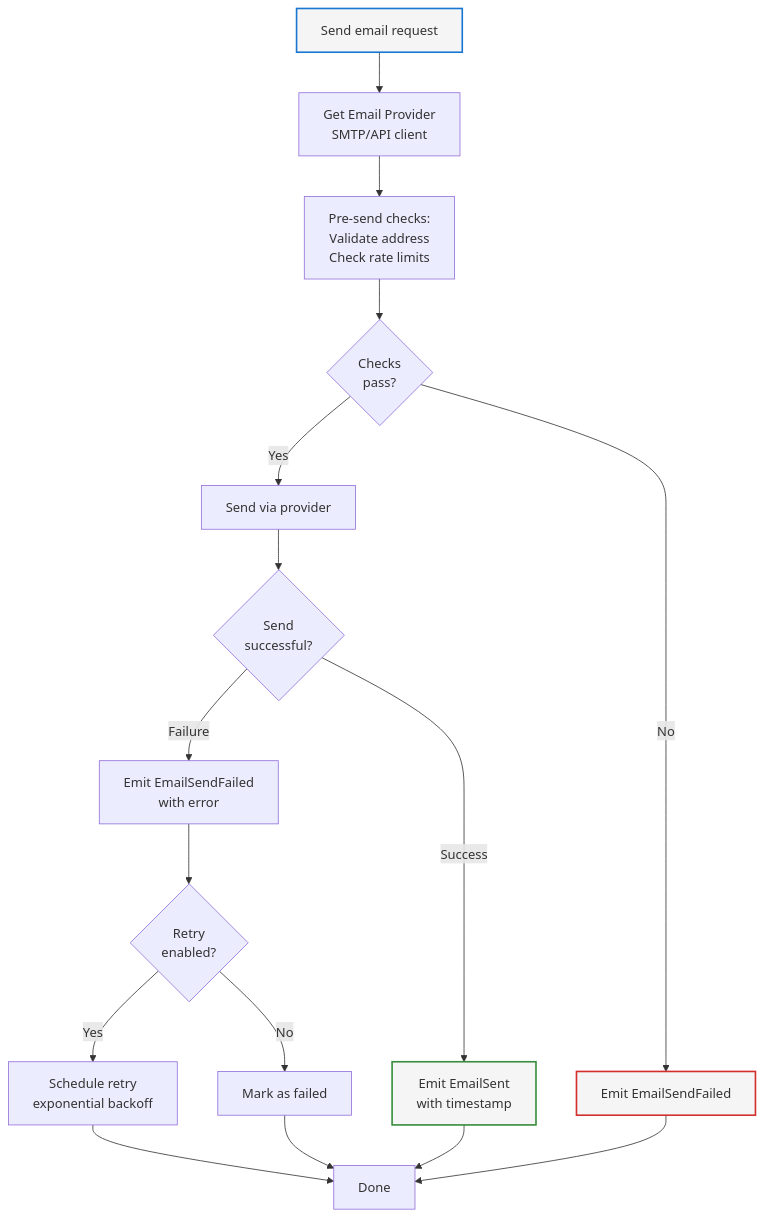
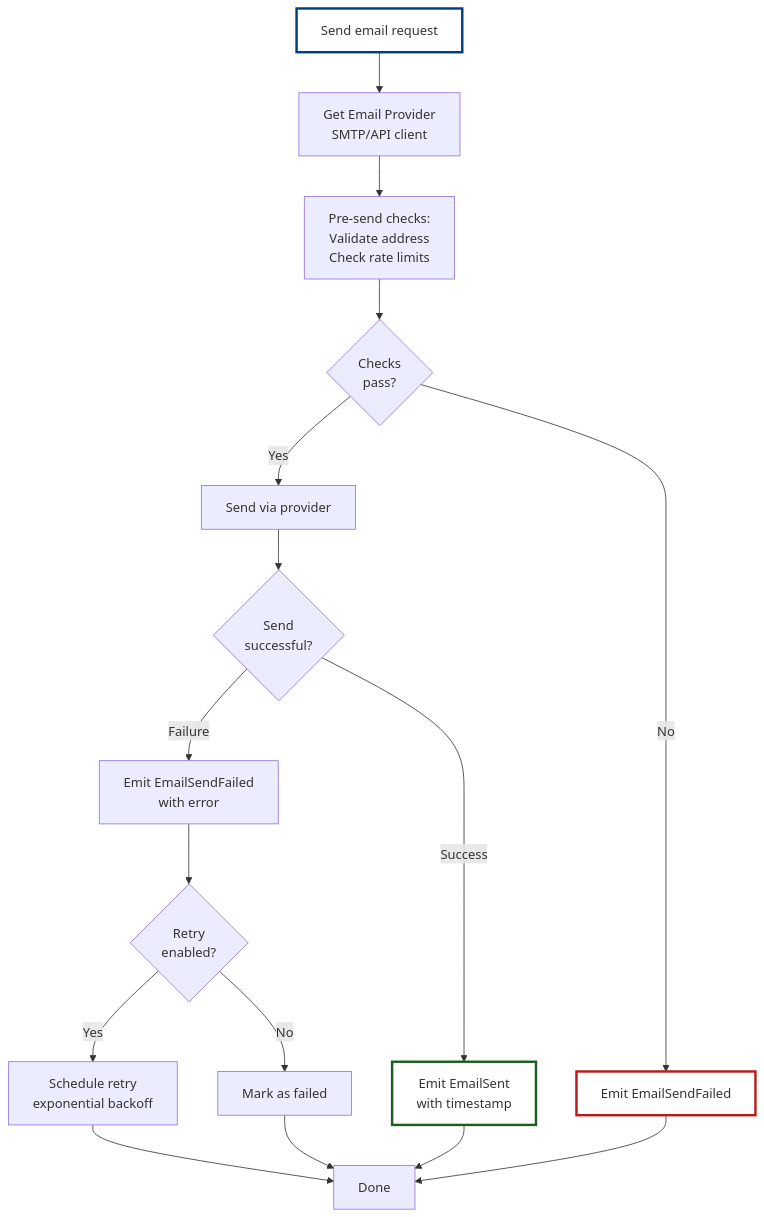
Before and after one commit to Org-for-Folio-AI/FolioAISpecs: the second of 2 diagrams in design/components/06-Email-Composer.md, drawn with Mermaid. The commit also changed other lines of this file and 11 other files, not shown here.

First line of the commit message:
Improve mermaid diagrams: increase font size, darker colors, thicker strokes

````diff
--- a/design/components/06-Email-Composer.md
+++ b/design/components/06-Email-Composer.md
@@ -170,28 +171,29 @@
 ```mermaid
+%%{init: {'fontSize': 18, 'fontFamily': 'arial'}}%%
 flowchart TD
     Start["Send email request"] --> GetProvider["Get Email Provider<br/>SMTP/API client"]
 
     GetProvider --> PreSend["Pre-send checks:<br/>Validate address<br/>Check rate limits"]
     PreSend --> CheckOK{Checks<br/>pass?}
 
     CheckOK -->|No| Error["Emit EmailSendFailed"]
     CheckOK -->|Yes| Send["Send via provider"]
 
     Send --> Response{Send<br/>successful?}
 
     Response -->|Success| Success["Emit EmailSent<br/>with timestamp"]
     Response -->|Failure| Failure["Emit EmailSendFailed<br/>with error"]
 
     Failure --> Retry{Retry<br/>enabled?}
     Retry -->|Yes| Schedule["Schedule retry<br/>exponential backoff"]
     Retry -->|No| Final["Mark as failed"]
 
     Schedule --> Done["Done"]
     Final --> Done
     Success --> Done
     Error --> Done
 
-    style Start stroke:#1976d2,fill:#f5f5f5,stroke-width:2px
-    style Success stroke:#388e3c,fill:#f5f5f5,stroke-width:2px
-    style Error stroke:#d32f2f,fill:#f5f5f5,stroke-width:2px
+    style Start stroke:#003d82,fill:#ffffff,stroke-width:3px,font-size:16px
+    style Success stroke:#1b5e20,fill:#ffffff,stroke-width:3px,font-size:16px
+    style Error stroke:#b71c1c,fill:#ffffff,stroke-width:3px,font-size:16px
 ```
````
